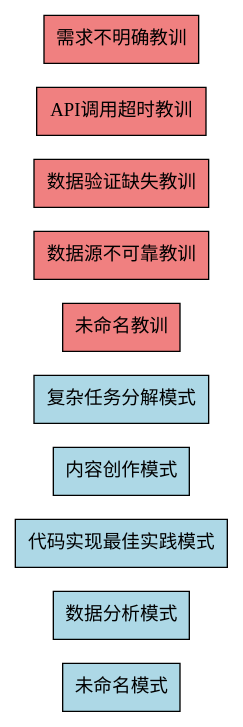
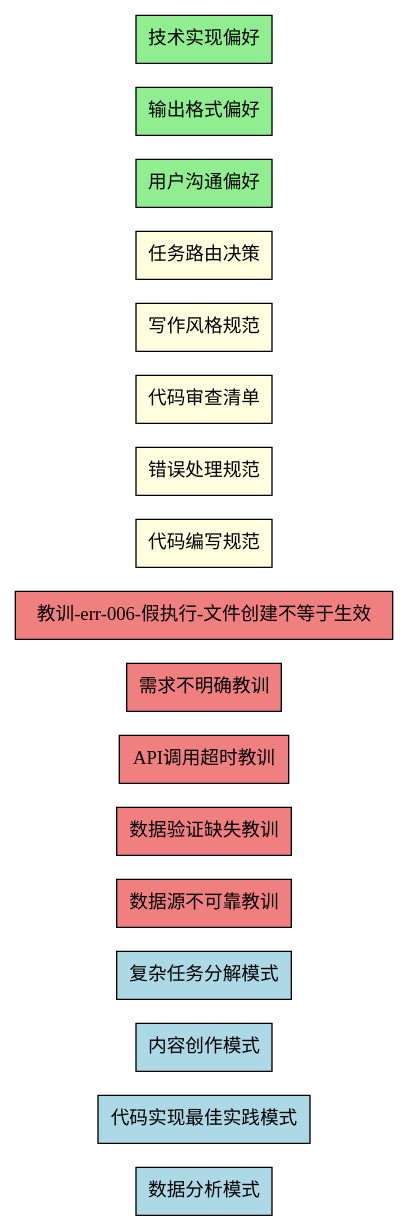
Before and after one commit to wzhgfwy001/yuanshen: the diagram in brain/knowledge_graph/graph.dot, drawn with Graphviz. The commit also changed 152 other files, not shown here.

```diff
--- a/brain/knowledge_graph/graph.dot
+++ b/brain/knowledge_graph/graph.dot
@@ -1,14 +1,21 @@
 digraph KnowledgeGraph {
   rankdir=LR;
   node [shape=box];
-  "c5dbab2399fa5406" [label="未命名模式", fillcolor="lightblue", style="filled"];
   "3753f46691698002" [label="数据分析模式", fillcolor="lightblue", style="filled"];
   "2f5ea23a9bc35f50" [label="代码实现最佳实践模式", fillcolor="lightblue", style="filled"];
   "eb631fb2c7a1d85b" [label="内容创作模式", fillcolor="lightblue", style="filled"];
   "a51ce85b7d7b7fa6" [label="复杂任务分解模式", fillcolor="lightblue", style="filled"];
-  "21b4c438a24fb4fc" [label="未命名教训", fillcolor="lightcoral", style="filled"];
   "a5084a31b448e607" [label="数据源不可靠教训", fillcolor="lightcoral", style="filled"];
   "d8fd1ecf1aaa3ae3" [label="数据验证缺失教训", fillcolor="lightcoral", style="filled"];
   "a7d6755a3a092dbd" [label="API调用超时教训", fillcolor="lightcoral", style="filled"];
   "5e66a3dd04cf51f9" [label="需求不明确教训", fillcolor="lightcoral", style="filled"];
+  "lesson-err-006" [label="教训-err-006-假执行-文件创建不等于生效", fillcolor="lightcoral", style="filled"];
+  "ck-coding-standards" [label="代码编写规范", fillcolor="lightyellow", style="filled"];
+  "ck-error-handling" [label="错误处理规范", fillcolor="lightyellow", style="filled"];
+  "ck-code-review" [label="代码审查清单", fillcolor="lightyellow", style="filled"];
+  "ck-writing-style" [label="写作风格规范", fillcolor="lightyellow", style="filled"];
+  "ck-task-routing" [label="任务路由决策", fillcolor="lightyellow", style="filled"];
+  "up-communication" [label="用户沟通偏好", fillcolor="lightgreen", style="filled"];
+  "up-output-format" [label="输出格式偏好", fillcolor="lightgreen", style="filled"];
+  "up-tech-preferences" [label="技术实现偏好", fillcolor="lightgreen", style="filled"];
 }
```
